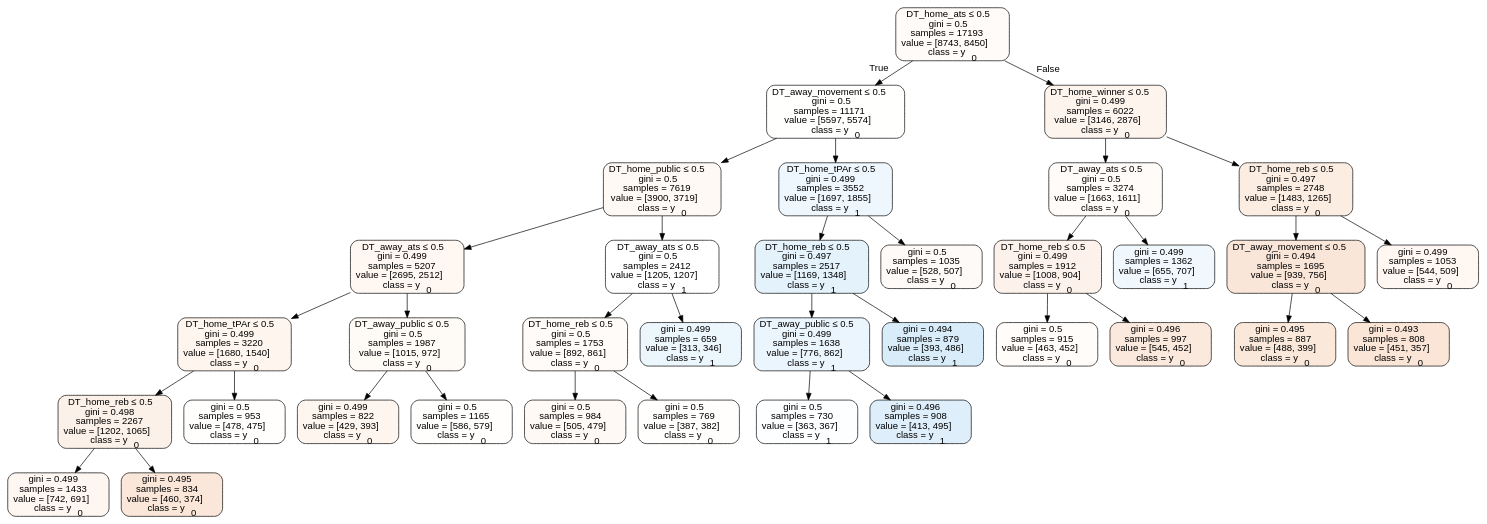
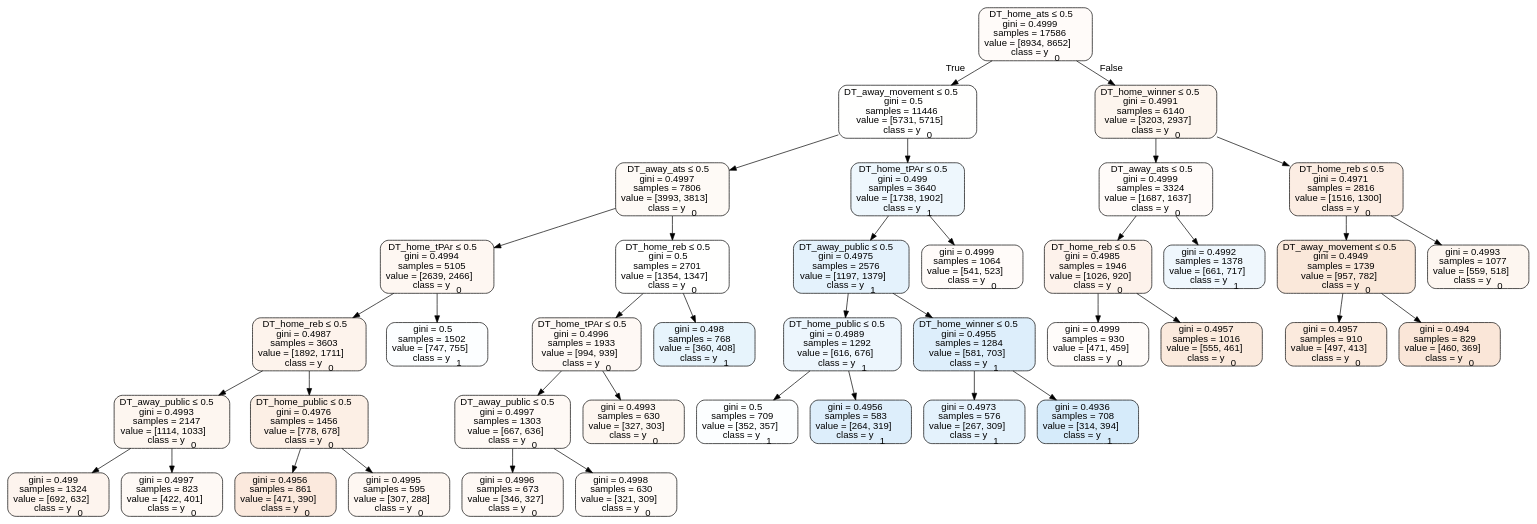
One commit to usbogie/ncaa-bets changed the diagram in Basketball/data/trees/treehome.dot. Above: the diagram before and after it, drawn with Graphviz. The commit also changed 18 other files, not shown here.

```diff
--- a/Basketball/data/trees/treehome.dot
+++ b/Basketball/data/trees/treehome.dot
@@ -1,73 +1,81 @@
 digraph Tree {
 node [shape=box, style="filled, rounded", color="black", fontname=helvetica] ;
 edge [fontname=helvetica] ;
-0 [label=<DT_home_ats &le; 0.5<br/>gini = 0.5<br/>samples = 17193<br/>value = [8743, 8450]<br/>class = y<SUB>0</SUB>>, fillcolor="#e5813909"] ;
-1 [label=<DT_away_movement &le; 0.5<br/>gini = 0.5<br/>samples = 11171<br/>value = [5597, 5574]<br/>class = y<SUB>0</SUB>>, fillcolor="#e5813901"] ;
+0 [label=<DT_home_ats &le; 0.5<br/>gini = 0.4999<br/>samples = 17586<br/>value = [8934, 8652]<br/>class = y<SUB>0</SUB>>, fillcolor="#e5813908"] ;
+1 [label=<DT_away_movement &le; 0.5<br/>gini = 0.5<br/>samples = 11446<br/>value = [5731, 5715]<br/>class = y<SUB>0</SUB>>, fillcolor="#e5813901"] ;
 0 -> 1 [labeldistance=2.5, labelangle=45, headlabel="True"] ;
-2 [label=<DT_home_public &le; 0.5<br/>gini = 0.5<br/>samples = 7619<br/>value = [3900, 3719]<br/>class = y<SUB>0</SUB>>, fillcolor="#e581390c"] ;
+2 [label=<DT_away_ats &le; 0.5<br/>gini = 0.4997<br/>samples = 7806<br/>value = [3993, 3813]<br/>class = y<SUB>0</SUB>>, fillcolor="#e581390b"] ;
 1 -> 2 ;
-3 [label=<DT_away_ats &le; 0.5<br/>gini = 0.499<br/>samples = 5207<br/>value = [2695, 2512]<br/>class = y<SUB>0</SUB>>, fillcolor="#e5813911"] ;
+3 [label=<DT_home_tPAr &le; 0.5<br/>gini = 0.4994<br/>samples = 5105<br/>value = [2639, 2466]<br/>class = y<SUB>0</SUB>>, fillcolor="#e5813911"] ;
 2 -> 3 ;
-4 [label=<DT_home_tPAr &le; 0.5<br/>gini = 0.499<br/>samples = 3220<br/>value = [1680, 1540]<br/>class = y<SUB>0</SUB>>, fillcolor="#e5813915"] ;
+4 [label=<DT_home_reb &le; 0.5<br/>gini = 0.4987<br/>samples = 3603<br/>value = [1892, 1711]<br/>class = y<SUB>0</SUB>>, fillcolor="#e5813918"] ;
 3 -> 4 ;
-5 [label=<DT_home_reb &le; 0.5<br/>gini = 0.498<br/>samples = 2267<br/>value = [1202, 1065]<br/>class = y<SUB>0</SUB>>, fillcolor="#e581391d"] ;
+5 [label=<DT_away_public &le; 0.5<br/>gini = 0.4993<br/>samples = 2147<br/>value = [1114, 1033]<br/>class = y<SUB>0</SUB>>, fillcolor="#e5813913"] ;
 4 -> 5 ;
-6 [label=<gini = 0.499<br/>samples = 1433<br/>value = [742, 691]<br/>class = y<SUB>0</SUB>>, fillcolor="#e5813912"] ;
+6 [label=<gini = 0.499<br/>samples = 1324<br/>value = [692, 632]<br/>class = y<SUB>0</SUB>>, fillcolor="#e5813916"] ;
 5 -> 6 ;
-7 [label=<gini = 0.495<br/>samples = 834<br/>value = [460, 374]<br/>class = y<SUB>0</SUB>>, fillcolor="#e5813930"] ;
+7 [label=<gini = 0.4997<br/>samples = 823<br/>value = [422, 401]<br/>class = y<SUB>0</SUB>>, fillcolor="#e581390d"] ;
 5 -> 7 ;
-8 [label=<gini = 0.5<br/>samples = 953<br/>value = [478, 475]<br/>class = y<SUB>0</SUB>>, fillcolor="#e5813902"] ;
+8 [label=<DT_home_public &le; 0.5<br/>gini = 0.4976<br/>samples = 1456<br/>value = [778, 678]<br/>class = y<SUB>0</SUB>>, fillcolor="#e5813921"] ;
 4 -> 8 ;
-9 [label=<DT_away_public &le; 0.5<br/>gini = 0.5<br/>samples = 1987<br/>value = [1015, 972]<br/>class = y<SUB>0</SUB>>, fillcolor="#e581390b"] ;
-3 -> 9 ;
-10 [label=<gini = 0.499<br/>samples = 822<br/>value = [429, 393]<br/>class = y<SUB>0</SUB>>, fillcolor="#e5813915"] ;
-9 -> 10 ;
-11 [label=<gini = 0.5<br/>samples = 1165<br/>value = [586, 579]<br/>class = y<SUB>0</SUB>>, fillcolor="#e5813903"] ;
-9 -> 11 ;
-12 [label=<DT_away_ats &le; 0.5<br/>gini = 0.5<br/>samples = 2412<br/>value = [1205, 1207]<br/>class = y<SUB>1</SUB>>, fillcolor="#399de500"] ;
+9 [label=<gini = 0.4956<br/>samples = 861<br/>value = [471, 390]<br/>class = y<SUB>0</SUB>>, fillcolor="#e581392c"] ;
+8 -> 9 ;
+10 [label=<gini = 0.4995<br/>samples = 595<br/>value = [307, 288]<br/>class = y<SUB>0</SUB>>, fillcolor="#e5813910"] ;
+8 -> 10 ;
+11 [label=<gini = 0.5<br/>samples = 1502<br/>value = [747, 755]<br/>class = y<SUB>1</SUB>>, fillcolor="#399de503"] ;
+3 -> 11 ;
+12 [label=<DT_home_reb &le; 0.5<br/>gini = 0.5<br/>samples = 2701<br/>value = [1354, 1347]<br/>class = y<SUB>0</SUB>>, fillcolor="#e5813901"] ;
 2 -> 12 ;
-13 [label=<DT_home_reb &le; 0.5<br/>gini = 0.5<br/>samples = 1753<br/>value = [892, 861]<br/>class = y<SUB>0</SUB>>, fillcolor="#e5813909"] ;
+13 [label=<DT_home_tPAr &le; 0.5<br/>gini = 0.4996<br/>samples = 1933<br/>value = [994, 939]<br/>class = y<SUB>0</SUB>>, fillcolor="#e581390e"] ;
 12 -> 13 ;
-14 [label=<gini = 0.5<br/>samples = 984<br/>value = [505, 479]<br/>class = y<SUB>0</SUB>>, fillcolor="#e581390d"] ;
+14 [label=<DT_away_public &le; 0.5<br/>gini = 0.4997<br/>samples = 1303<br/>value = [667, 636]<br/>class = y<SUB>0</SUB>>, fillcolor="#e581390c"] ;
 13 -> 14 ;
-15 [label=<gini = 0.5<br/>samples = 769<br/>value = [387, 382]<br/>class = y<SUB>0</SUB>>, fillcolor="#e5813903"] ;
-13 -> 15 ;
-16 [label=<gini = 0.499<br/>samples = 659<br/>value = [313, 346]<br/>class = y<SUB>1</SUB>>, fillcolor="#399de518"] ;
-12 -> 16 ;
-17 [label=<DT_home_tPAr &le; 0.5<br/>gini = 0.499<br/>samples = 3552<br/>value = [1697, 1855]<br/>class = y<SUB>1</SUB>>, fillcolor="#399de516"] ;
-1 -> 17 ;
-18 [label=<DT_home_reb &le; 0.5<br/>gini = 0.497<br/>samples = 2517<br/>value = [1169, 1348]<br/>class = y<SUB>1</SUB>>, fillcolor="#399de522"] ;
-17 -> 18 ;
-19 [label=<DT_away_public &le; 0.5<br/>gini = 0.499<br/>samples = 1638<br/>value = [776, 862]<br/>class = y<SUB>1</SUB>>, fillcolor="#399de519"] ;
-18 -> 19 ;
-20 [label=<gini = 0.5<br/>samples = 730<br/>value = [363, 367]<br/>class = y<SUB>1</SUB>>, fillcolor="#399de503"] ;
+15 [label=<gini = 0.4996<br/>samples = 673<br/>value = [346, 327]<br/>class = y<SUB>0</SUB>>, fillcolor="#e581390e"] ;
+14 -> 15 ;
+16 [label=<gini = 0.4998<br/>samples = 630<br/>value = [321, 309]<br/>class = y<SUB>0</SUB>>, fillcolor="#e581390a"] ;
+14 -> 16 ;
+17 [label=<gini = 0.4993<br/>samples = 630<br/>value = [327, 303]<br/>class = y<SUB>0</SUB>>, fillcolor="#e5813913"] ;
+13 -> 17 ;
+18 [label=<gini = 0.498<br/>samples = 768<br/>value = [360, 408]<br/>class = y<SUB>1</SUB>>, fillcolor="#399de51e"] ;
+12 -> 18 ;
+19 [label=<DT_home_tPAr &le; 0.5<br/>gini = 0.499<br/>samples = 3640<br/>value = [1738, 1902]<br/>class = y<SUB>1</SUB>>, fillcolor="#399de516"] ;
+1 -> 19 ;
+20 [label=<DT_away_public &le; 0.5<br/>gini = 0.4975<br/>samples = 2576<br/>value = [1197, 1379]<br/>class = y<SUB>1</SUB>>, fillcolor="#399de522"] ;
 19 -> 20 ;
-21 [label=<gini = 0.496<br/>samples = 908<br/>value = [413, 495]<br/>class = y<SUB>1</SUB>>, fillcolor="#399de52a"] ;
-19 -> 21 ;
-22 [label=<gini = 0.494<br/>samples = 879<br/>value = [393, 486]<br/>class = y<SUB>1</SUB>>, fillcolor="#399de531"] ;
-18 -> 22 ;
-23 [label=<gini = 0.5<br/>samples = 1035<br/>value = [528, 507]<br/>class = y<SUB>0</SUB>>, fillcolor="#e581390a"] ;
-17 -> 23 ;
-24 [label=<DT_home_winner &le; 0.5<br/>gini = 0.499<br/>samples = 6022<br/>value = [3146, 2876]<br/>class = y<SUB>0</SUB>>, fillcolor="#e5813916"] ;
-0 -> 24 [labeldistance=2.5, labelangle=-45, headlabel="False"] ;
-25 [label=<DT_away_ats &le; 0.5<br/>gini = 0.5<br/>samples = 3274<br/>value = [1663, 1611]<br/>class = y<SUB>0</SUB>>, fillcolor="#e5813908"] ;
+21 [label=<DT_home_public &le; 0.5<br/>gini = 0.4989<br/>samples = 1292<br/>value = [616, 676]<br/>class = y<SUB>1</SUB>>, fillcolor="#399de517"] ;
+20 -> 21 ;
+22 [label=<gini = 0.5<br/>samples = 709<br/>value = [352, 357]<br/>class = y<SUB>1</SUB>>, fillcolor="#399de504"] ;
+21 -> 22 ;
+23 [label=<gini = 0.4956<br/>samples = 583<br/>value = [264, 319]<br/>class = y<SUB>1</SUB>>, fillcolor="#399de52c"] ;
+21 -> 23 ;
+24 [label=<DT_home_winner &le; 0.5<br/>gini = 0.4955<br/>samples = 1284<br/>value = [581, 703]<br/>class = y<SUB>1</SUB>>, fillcolor="#399de52c"] ;
+20 -> 24 ;
+25 [label=<gini = 0.4973<br/>samples = 576<br/>value = [267, 309]<br/>class = y<SUB>1</SUB>>, fillcolor="#399de523"] ;
 24 -> 25 ;
-26 [label=<DT_home_reb &le; 0.5<br/>gini = 0.499<br/>samples = 1912<br/>value = [1008, 904]<br/>class = y<SUB>0</SUB>>, fillcolor="#e581391a"] ;
-25 -> 26 ;
-27 [label=<gini = 0.5<br/>samples = 915<br/>value = [463, 452]<br/>class = y<SUB>0</SUB>>, fillcolor="#e5813906"] ;
-26 -> 27 ;
-28 [label=<gini = 0.496<br/>samples = 997<br/>value = [545, 452]<br/>class = y<SUB>0</SUB>>, fillcolor="#e581392c"] ;
-26 -> 28 ;
-29 [label=<gini = 0.499<br/>samples = 1362<br/>value = [655, 707]<br/>class = y<SUB>1</SUB>>, fillcolor="#399de513"] ;
-25 -> 29 ;
-30 [label=<DT_home_reb &le; 0.5<br/>gini = 0.497<br/>samples = 2748<br/>value = [1483, 1265]<br/>class = y<SUB>0</SUB>>, fillcolor="#e5813925"] ;
-24 -> 30 ;
-31 [label=<DT_away_movement &le; 0.5<br/>gini = 0.494<br/>samples = 1695<br/>value = [939, 756]<br/>class = y<SUB>0</SUB>>, fillcolor="#e5813932"] ;
+26 [label=<gini = 0.4936<br/>samples = 708<br/>value = [314, 394]<br/>class = y<SUB>1</SUB>>, fillcolor="#399de534"] ;
+24 -> 26 ;
+27 [label=<gini = 0.4999<br/>samples = 1064<br/>value = [541, 523]<br/>class = y<SUB>0</SUB>>, fillcolor="#e5813908"] ;
+19 -> 27 ;
+28 [label=<DT_home_winner &le; 0.5<br/>gini = 0.4991<br/>samples = 6140<br/>value = [3203, 2937]<br/>class = y<SUB>0</SUB>>, fillcolor="#e5813915"] ;
+0 -> 28 [labeldistance=2.5, labelangle=-45, headlabel="False"] ;
+29 [label=<DT_away_ats &le; 0.5<br/>gini = 0.4999<br/>samples = 3324<br/>value = [1687, 1637]<br/>class = y<SUB>0</SUB>>, fillcolor="#e5813908"] ;
+28 -> 29 ;
+30 [label=<DT_home_reb &le; 0.5<br/>gini = 0.4985<br/>samples = 1946<br/>value = [1026, 920]<br/>class = y<SUB>0</SUB>>, fillcolor="#e581391a"] ;
+29 -> 30 ;
+31 [label=<gini = 0.4999<br/>samples = 930<br/>value = [471, 459]<br/>class = y<SUB>0</SUB>>, fillcolor="#e5813906"] ;
 30 -> 31 ;
-32 [label=<gini = 0.495<br/>samples = 887<br/>value = [488, 399]<br/>class = y<SUB>0</SUB>>, fillcolor="#e581392f"] ;
-31 -> 32 ;
-33 [label=<gini = 0.493<br/>samples = 808<br/>value = [451, 357]<br/>class = y<SUB>0</SUB>>, fillcolor="#e5813935"] ;
-31 -> 33 ;
-34 [label=<gini = 0.499<br/>samples = 1053<br/>value = [544, 509]<br/>class = y<SUB>0</SUB>>, fillcolor="#e5813910"] ;
-30 -> 34 ;
+32 [label=<gini = 0.4957<br/>samples = 1016<br/>value = [555, 461]<br/>class = y<SUB>0</SUB>>, fillcolor="#e581392b"] ;
+30 -> 32 ;
+33 [label=<gini = 0.4992<br/>samples = 1378<br/>value = [661, 717]<br/>class = y<SUB>1</SUB>>, fillcolor="#399de514"] ;
+29 -> 33 ;
+34 [label=<DT_home_reb &le; 0.5<br/>gini = 0.4971<br/>samples = 2816<br/>value = [1516, 1300]<br/>class = y<SUB>0</SUB>>, fillcolor="#e5813924"] ;
+28 -> 34 ;
+35 [label=<DT_away_movement &le; 0.5<br/>gini = 0.4949<br/>samples = 1739<br/>value = [957, 782]<br/>class = y<SUB>0</SUB>>, fillcolor="#e581392f"] ;
+34 -> 35 ;
+36 [label=<gini = 0.4957<br/>samples = 910<br/>value = [497, 413]<br/>class = y<SUB>0</SUB>>, fillcolor="#e581392b"] ;
+35 -> 36 ;
+37 [label=<gini = 0.494<br/>samples = 829<br/>value = [460, 369]<br/>class = y<SUB>0</SUB>>, fillcolor="#e5813932"] ;
+35 -> 37 ;
+38 [label=<gini = 0.4993<br/>samples = 1077<br/>value = [559, 518]<br/>class = y<SUB>0</SUB>>, fillcolor="#e5813913"] ;
+34 -> 38 ;
 }
```
